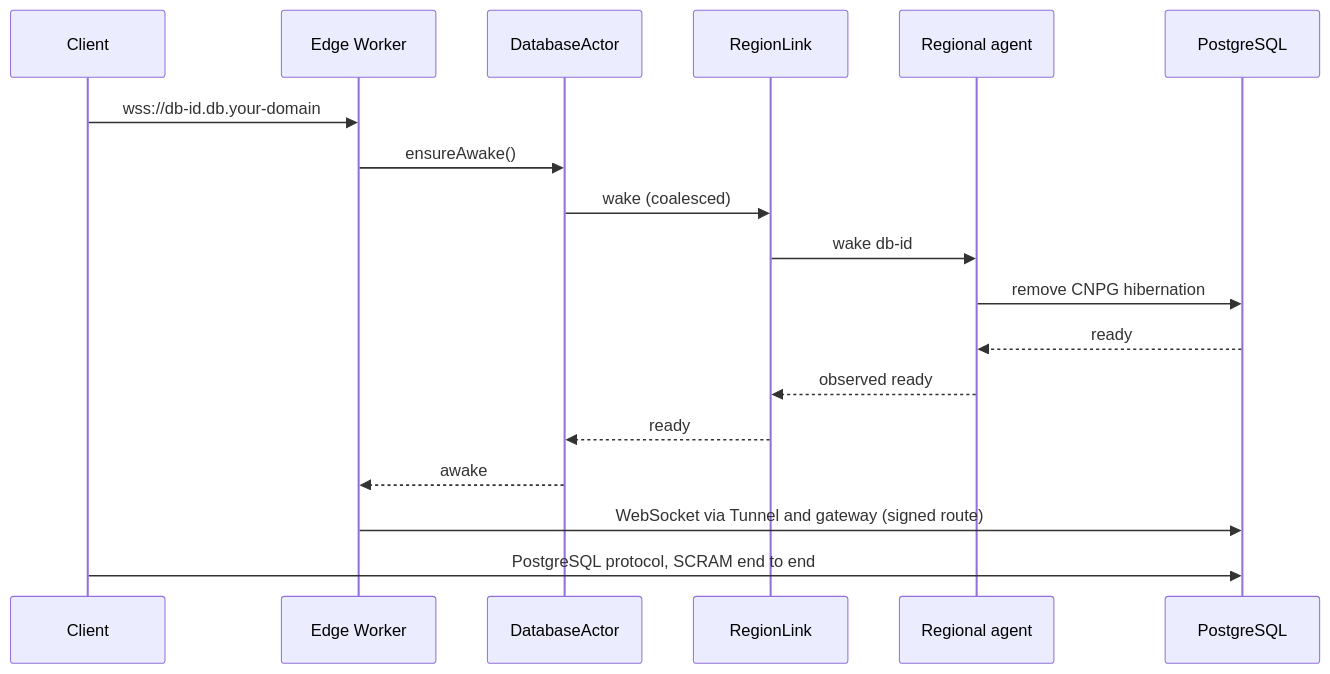
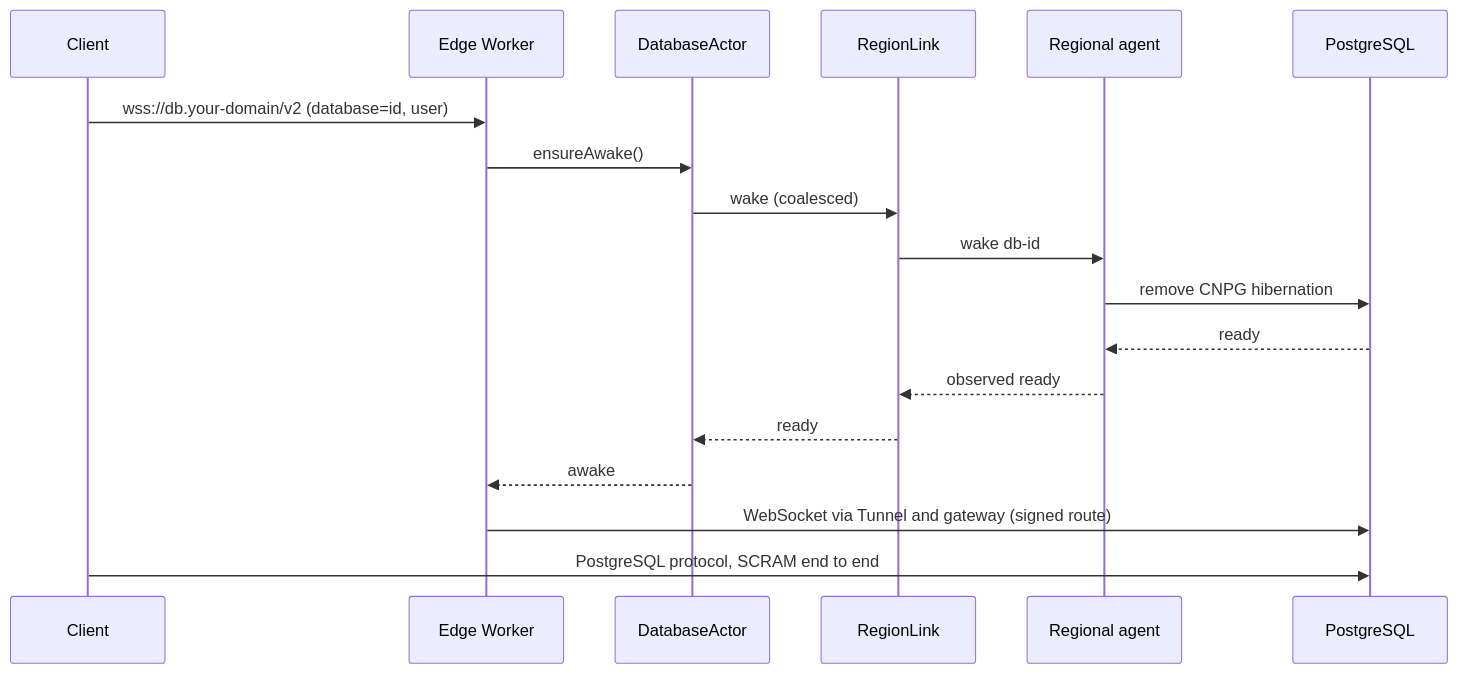
Before and after one commit to amerged-org/cloudflare-postgres: the second of 2 diagrams in README.md, drawn with Mermaid. The commit also changed other lines of this file, not shown here.

Commit message:
Describe the single db.your-domain endpoint in the README

````diff
--- a/README.md
+++ b/README.md
@@ -74,21 +74,21 @@
 ```mermaid
 sequenceDiagram
   participant C as Client
   participant E as Edge Worker
   participant A as DatabaseActor
   participant R as RegionLink
   participant G as Regional agent
   participant P as PostgreSQL
 
-  C->>E: wss://db-id.db.your-domain
+  C->>E: wss://db.your-domain/v2 (database=id, user)
   E->>A: ensureAwake()
   A->>R: wake (coalesced)
   R->>G: wake db-id
   G->>P: remove CNPG hibernation
   P-->>G: ready
   G-->>R: observed ready
   R-->>A: ready
   A-->>E: awake
   E->>P: WebSocket via Tunnel and gateway (signed route)
   C->>P: PostgreSQL protocol, SCRAM end to end
 ```
````
